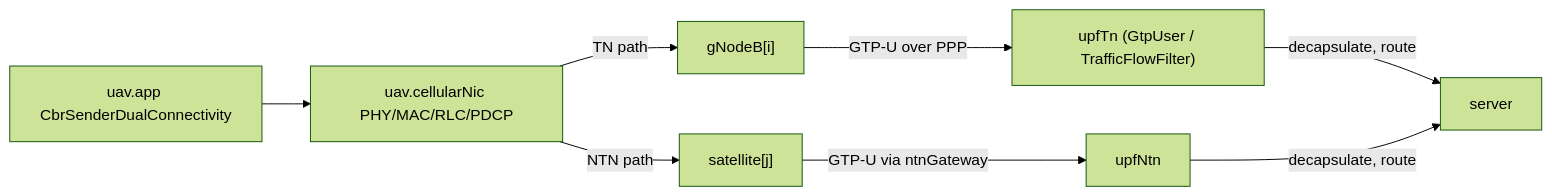
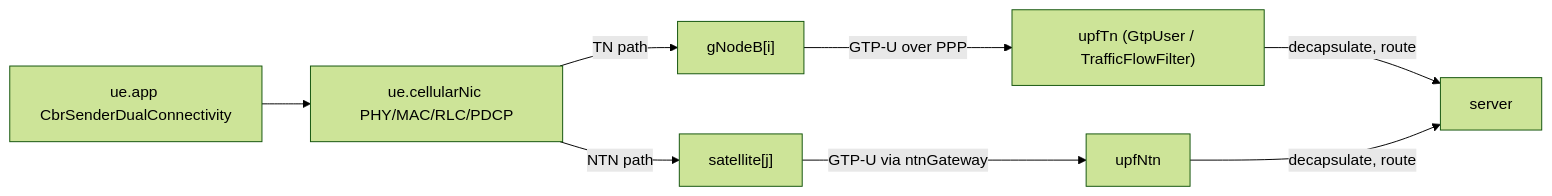
Before and after one commit to Shreeja-AirMetro/Github-Notes: the third of 5 diagrams in Paper-Writing/IEEE Access.md, drawn with Mermaid (forest theme). The commit also changed other lines of this file and 2 other files, not shown here.

````diff
--- a/Paper-Writing/IEEE Access.md
+++ b/Paper-Writing/IEEE Access.md
@@ -176,10 +176,10 @@
 ```mermaid
 flowchart LR
-  APP["uav.app CbrSenderDualConnectivity"] --> PHY["uav.cellularNic PHY/MAC/RLC/PDCP"]
+  APP["ue.app CbrSenderDualConnectivity"] --> PHY["ue.cellularNic PHY/MAC/RLC/PDCP"]
   PHY -->|"TN path"| GNB["gNodeB[i]"]
   PHY -->|"NTN path"| SAT["satellite[j]"]
   GNB -->|"GTP-U over PPP"| UPFTN["upfTn (GtpUser / TrafficFlowFilter)"]
   SAT -->|"GTP-U via ntnGateway"| UPFNTN["upfNtn"]
   UPFTN -->|"decapsulate, route"| SRV["server"]
   UPFNTN -->|"decapsulate, route"| SRV
 ```
````
